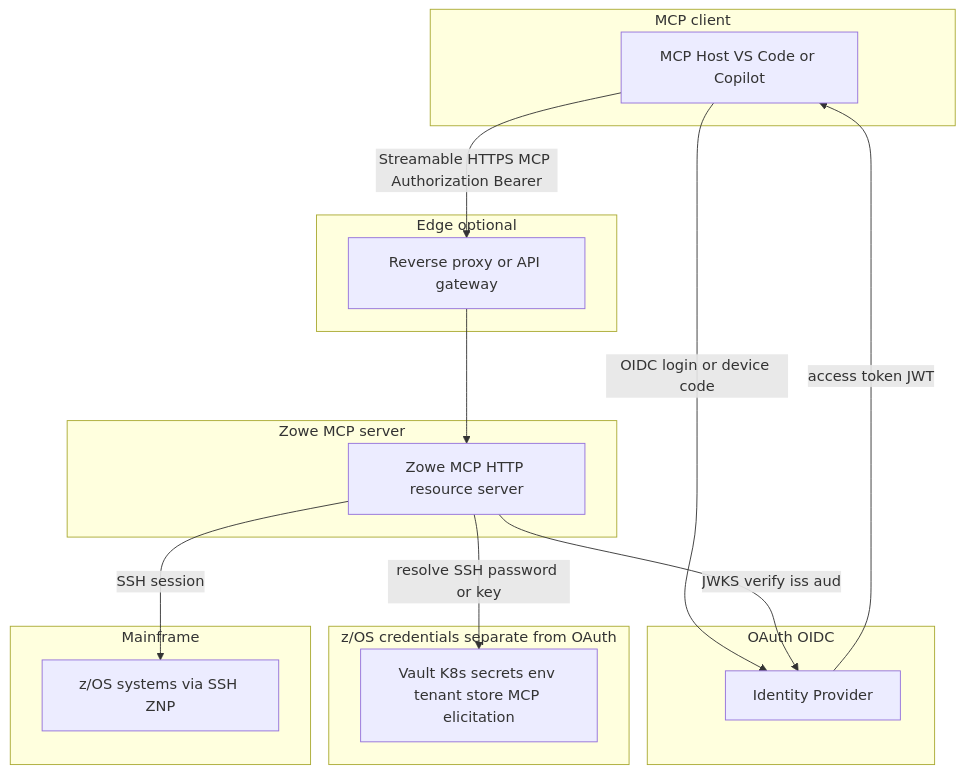
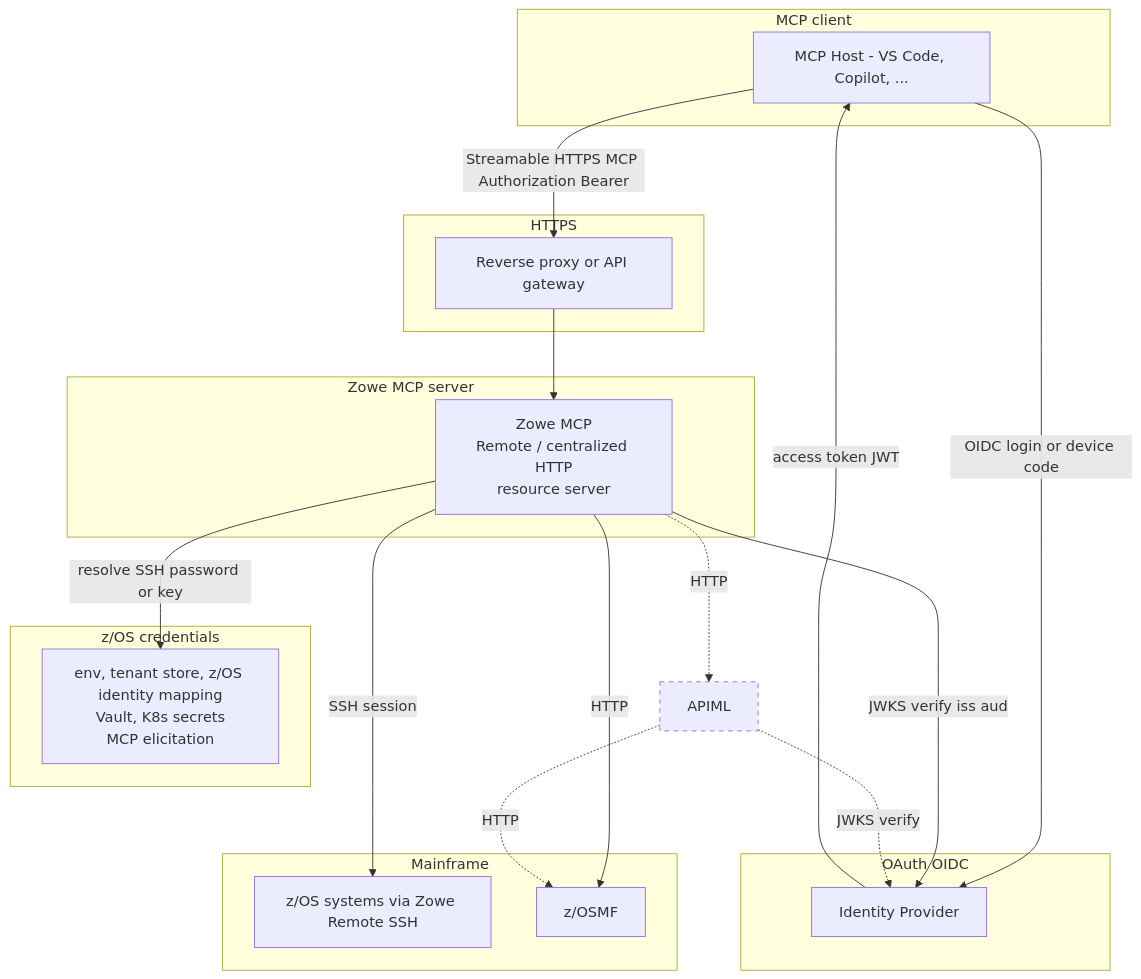
The diagram in docs/mcp-authentication-oauth.md (zowe/zowe-mcp), drawn with Mermaid before and after one commit. The commit also changed other lines of this file, not shown here.

Commit message:
docs(oauth): Update architecture diagram with z/OSMF and APIML nodes
Add z/OSMF and APIML components to the MCP OAuth flow diagram, refine
labels for the HTTPS layer and credential resolution, and clarify
Zowe Remote SSH naming.

````diff
--- a/docs/mcp-authentication-oauth.md
+++ b/docs/mcp-authentication-oauth.md
@@ -13,28 +13,35 @@
 ```mermaid
 flowchart TB
   subgraph clientLayer["MCP client"]
-    Host[MCP Host VS Code or Copilot]
+    Host[MCP Host - VS Code, Copilot, ...]
   end
   subgraph oauthLayer["OAuth OIDC"]
     IdP[Identity Provider]
   end
-  subgraph edgeLayer["Edge optional"]
+  subgraph edgeLayer["HTTPS"]
     GW[Reverse proxy or API gateway]
   end
   subgraph mcpLayer["Zowe MCP server"]
-    ZMCP[Zowe MCP HTTP resource server]
+    ZMCP[Zowe MCP<br/>Remote / centralized HTTP<br/>resource server]
   end
-  subgraph credLayer["z/OS credentials separate from OAuth"]
-    Cred[Vault K8s secrets env tenant store MCP elicitation]
+  subgraph credLayer["z/OS credentials"]
+    Cred[env, tenant store, z/OS identity mapping<br/>Vault, K8s secrets<br/>MCP elicitation]
   end
   subgraph zosLayer["Mainframe"]
-    ZOS[z/OS systems via SSH ZNP]
+    ZRS[z/OS systems via Zowe Remote SSH]
+    zOSMF[z/OSMF]
   end
+
   Host -->|"OIDC login or device code"| IdP
   IdP -->|"access token JWT"| Host
   Host -->|"Streamable HTTPS MCP Authorization Bearer"| GW
   GW --> ZMCP
   ZMCP -->|"JWKS verify iss aud"| IdP
   ZMCP -->|"resolve SSH password or key"| Cred
-  ZMCP -->|"SSH session"| ZOS
+  ZMCP -->|"SSH session"| ZRS
+  ZMCP -->|"HTTP"| zOSMF
+  ZMCP -.->|"HTTP"| APIML
+  APIML -.->|"HTTP"| zOSMF
+  APIML -.->|"JWKS verify"| IdP
+  style APIML stroke-dasharray: 5 5
 ```
````
